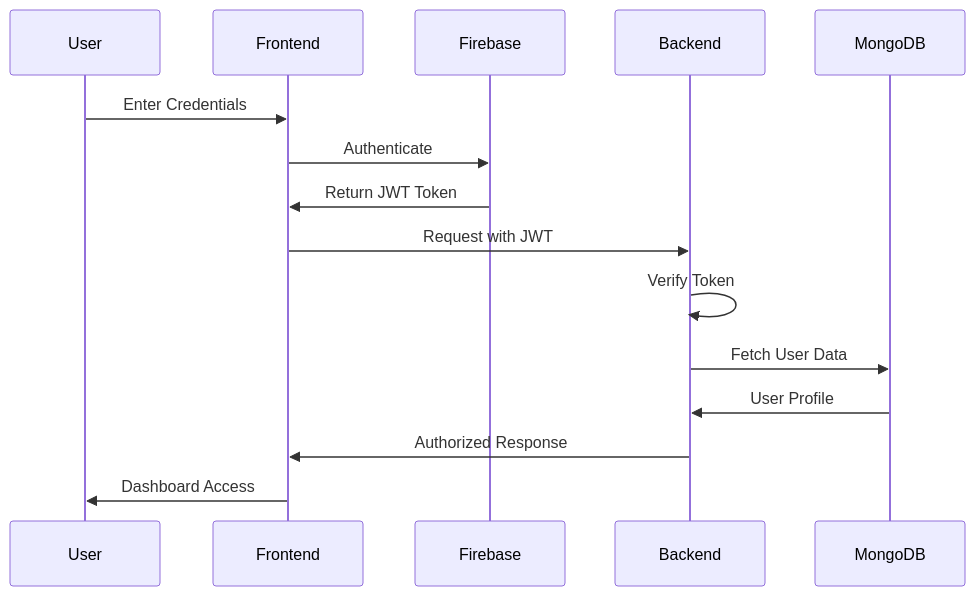
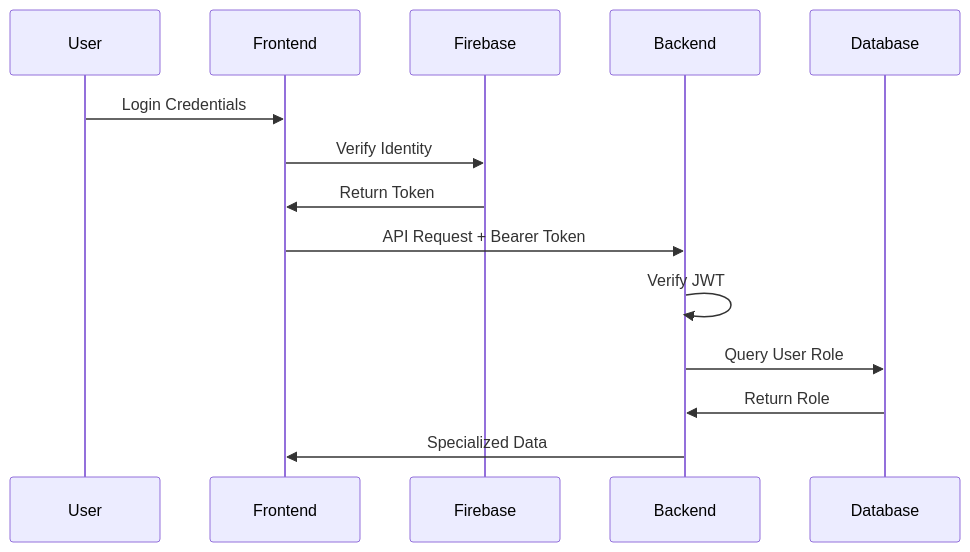
The second of 2 diagrams in README.md (rak9b/Akademi---Scholarship-Management-System-frontend-), drawn with Mermaid before and after one commit. The commit also changed other lines of this file, not shown here.

````diff
--- a/README.md
+++ b/README.md
@@ -244,18 +160,11 @@
 ```mermaid
 sequenceDiagram
-    participant U as User
-    participant F as Frontend
-    participant FB as Firebase
-    participant BE as Backend
-    participant DB as MongoDB
-
-    U->>F: Enter Credentials
-    F->>FB: Authenticate
-    FB->>F: Return JWT Token
-    F->>BE: Request with JWT
-    BE->>BE: Verify Token
-    BE->>DB: Fetch User Data
-    DB->>BE: User Profile
-    BE->>F: Authorized Response
-    F->>U: Dashboard Access
+    User->>Frontend: Login Credentials
+    Frontend->>Firebase: Verify Identity
+    Firebase->>Frontend: Return Token
+    Frontend->>Backend: API Request + Bearer Token
+    Backend->>Backend: Verify JWT
+    Backend->>Database: Query User Role
+    Database->>Backend: Return Role
+    Backend->>Frontend: Specialized Data
 ```
````
